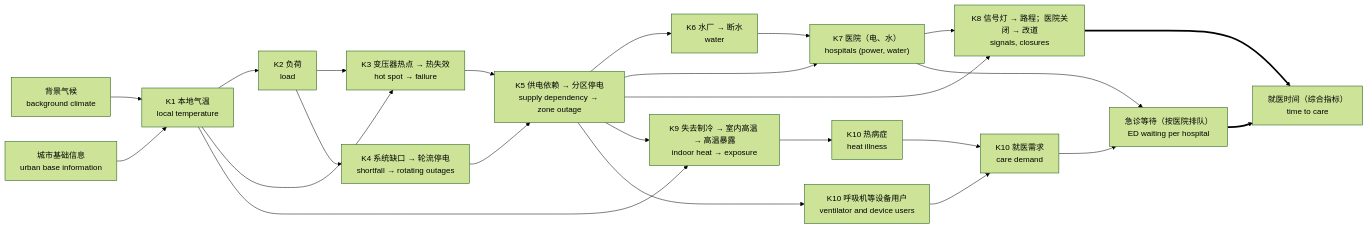
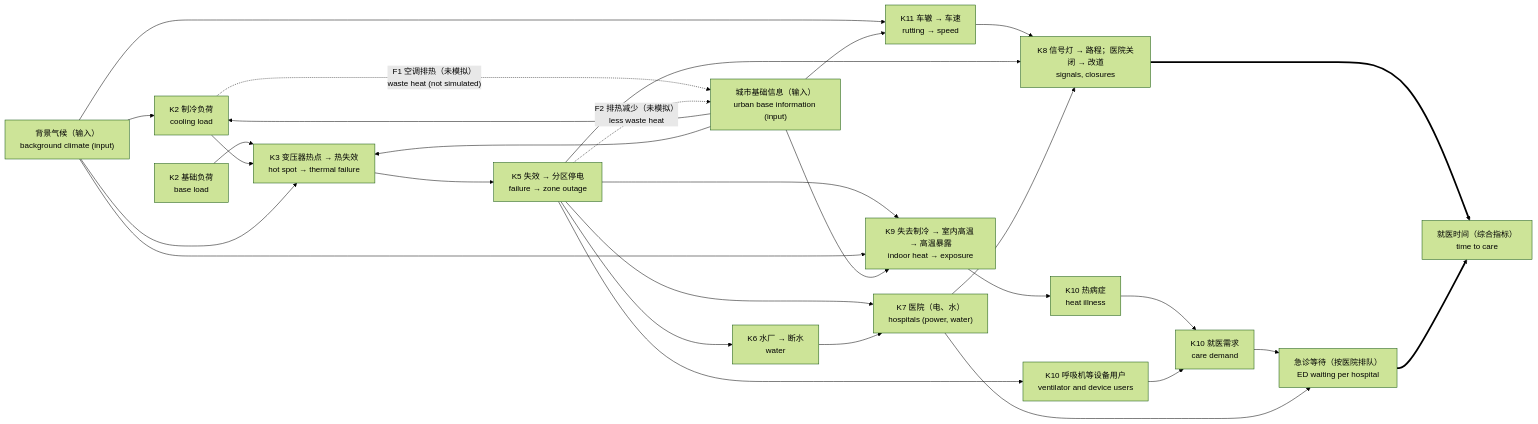
Before and after one commit to hibu-11/nashville-heat-twin: the diagram in docs/CORE_MODEL.md, drawn with Mermaid (forest theme). The commit also changed other lines of this file and 43 other files, not shown here.

````diff
--- a/docs/CORE_MODEL.md
+++ b/docs/CORE_MODEL.md
@@ -57,26 +77,31 @@
 ```mermaid
 flowchart LR
-  BG["背景气候<br/>background climate"] --> K1["K1 本地气温<br/>local temperature"]
-  UB["城市基础信息<br/>urban base information"] --> K1
-  K1 --> K2["K2 负荷<br/>load"]
-  K1 --> K3["K3 变压器热点 → 热失效<br/>hot spot → failure"]
+  BG["背景气候（输入）<br/>background climate (input)"] --> K2["K2 制冷负荷<br/>cooling load"]
+  UB["城市基础信息（输入）<br/>urban base information (input)"] --> K2
+  BL["K2 基础负荷<br/>base load"] --> K3["K3 变压器热点 → 热失效<br/>hot spot → thermal failure"]
   K2 --> K3
-  K2 --> K4["K4 系统缺口 → 轮流停电<br/>shortfall → rotating outages"]
-  K3 --> K5["K5 供电依赖 → 分区停电<br/>supply dependency → zone outage"]
-  K4 --> K5
+  BG --> K3
+  UB --> K3
+  K3 --> K5["K5 失效 → 分区停电<br/>failure → zone outage"]
+  K2 -. "F1 空调排热（未模拟）<br/>waste heat (not simulated)" .-> UB
+  K5 -. "F2 排热减少（未模拟）<br/>less waste heat" .-> UB
+  BG --> K11["K11 车辙 → 车速<br/>rutting → speed"]
+  UB --> K11
+  K11 --> K8
   K5 --> K6["K6 水厂 → 断水<br/>water"]
   K5 --> K7["K7 医院（电、水）<br/>hospitals (power, water)"]
   K6 --> K7
   K5 --> K8["K8 信号灯 → 路程；医院关闭 → 改道<br/>signals, closures"]
   K7 --> K8
   K8 ==> T["就医时间（综合指标）<br/>time to care"]
   K5 --> K9["K9 失去制冷 → 室内高温 → 高温暴露<br/>indoor heat → exposure"]
-  K1 --> K9
+  BG --> K9
+  UB --> K9
   K9 --> HI["K10 热病症<br/>heat illness"]
   HI --> DM["K10 就医需求<br/>care demand"]
   K5 --> DV["K10 呼吸机等设备用户<br/>ventilator and device users"]
   DV --> DM
   DM --> W["急诊等待（按医院排队）<br/>ED waiting per hospital"]
   K7 --> W
   W ==> T
 ```
````
